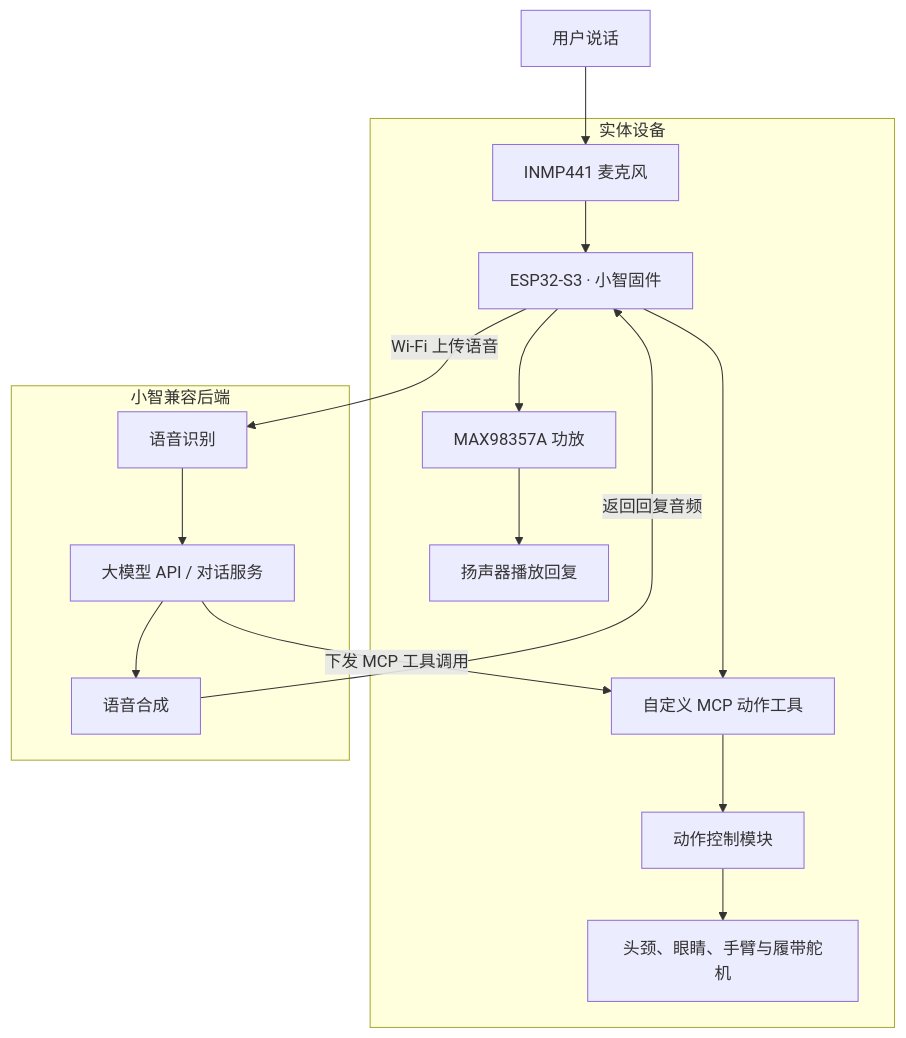
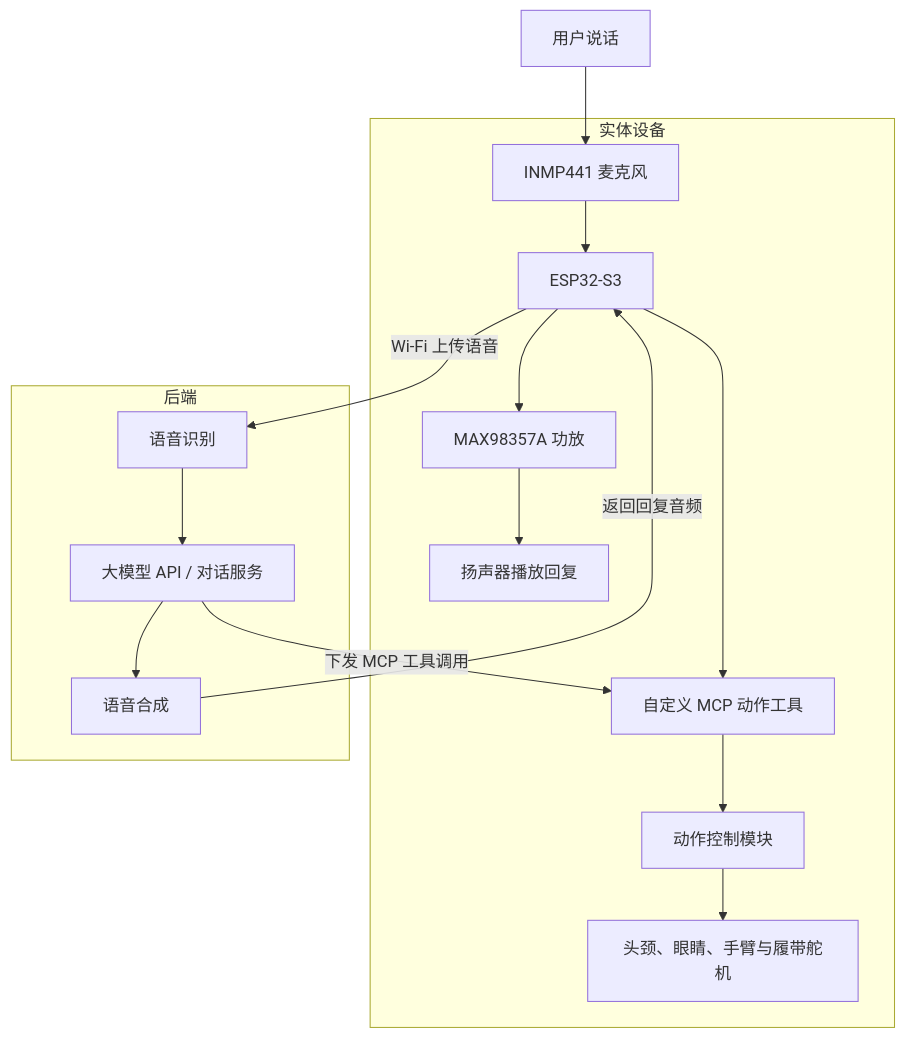
The diagram in README.md (RealWangseven/Wlle-bot-RE), drawn with Mermaid before and after one commit.

````diff
--- a/README.md
+++ b/README.md
@@ -32,22 +32,22 @@
 ```mermaid
 flowchart TB
     user[用户说话] --> mic[INMP441 麦克风]
 
     subgraph device[实体设备]
-        mic --> esp[ESP32-S3 · 小智固件]
+        mic --> esp[ESP32-S3]
         esp --> amp[MAX98357A 功放]
         amp --> speaker[扬声器播放回复]
         esp --> tools[自定义 MCP 动作工具]
         tools --> motion[动作控制模块]
         motion --> servos[头颈、眼睛、手臂与履带舵机]
     end
 
-    subgraph backend[小智兼容后端]
+    subgraph backend[后端]
         asr[语音识别] --> llm[大模型 API / 对话服务]
         llm --> tts[语音合成]
     end
 
     esp -->|Wi-Fi 上传语音| asr
     tts -->|返回回复音频| esp
     llm -->|下发 MCP 工具调用| tools
 ```
````
